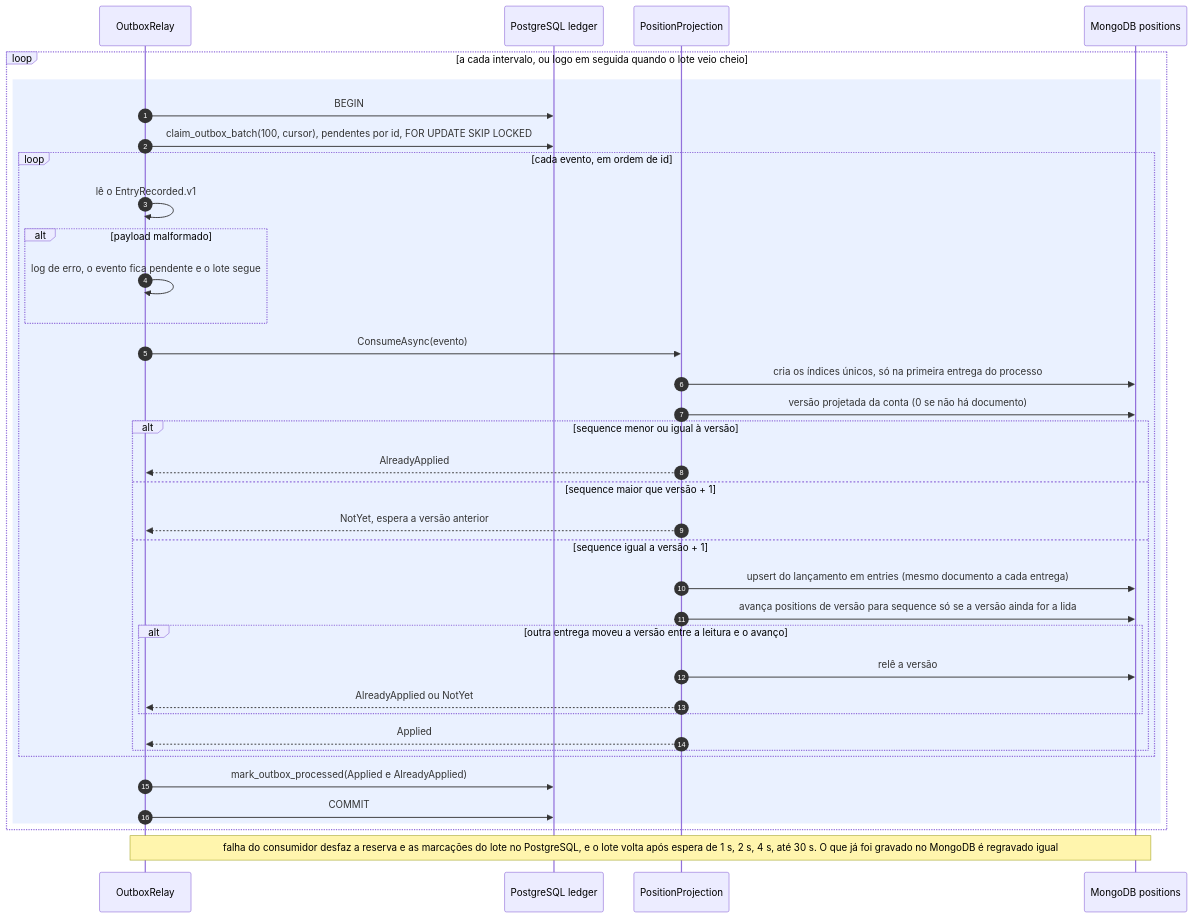
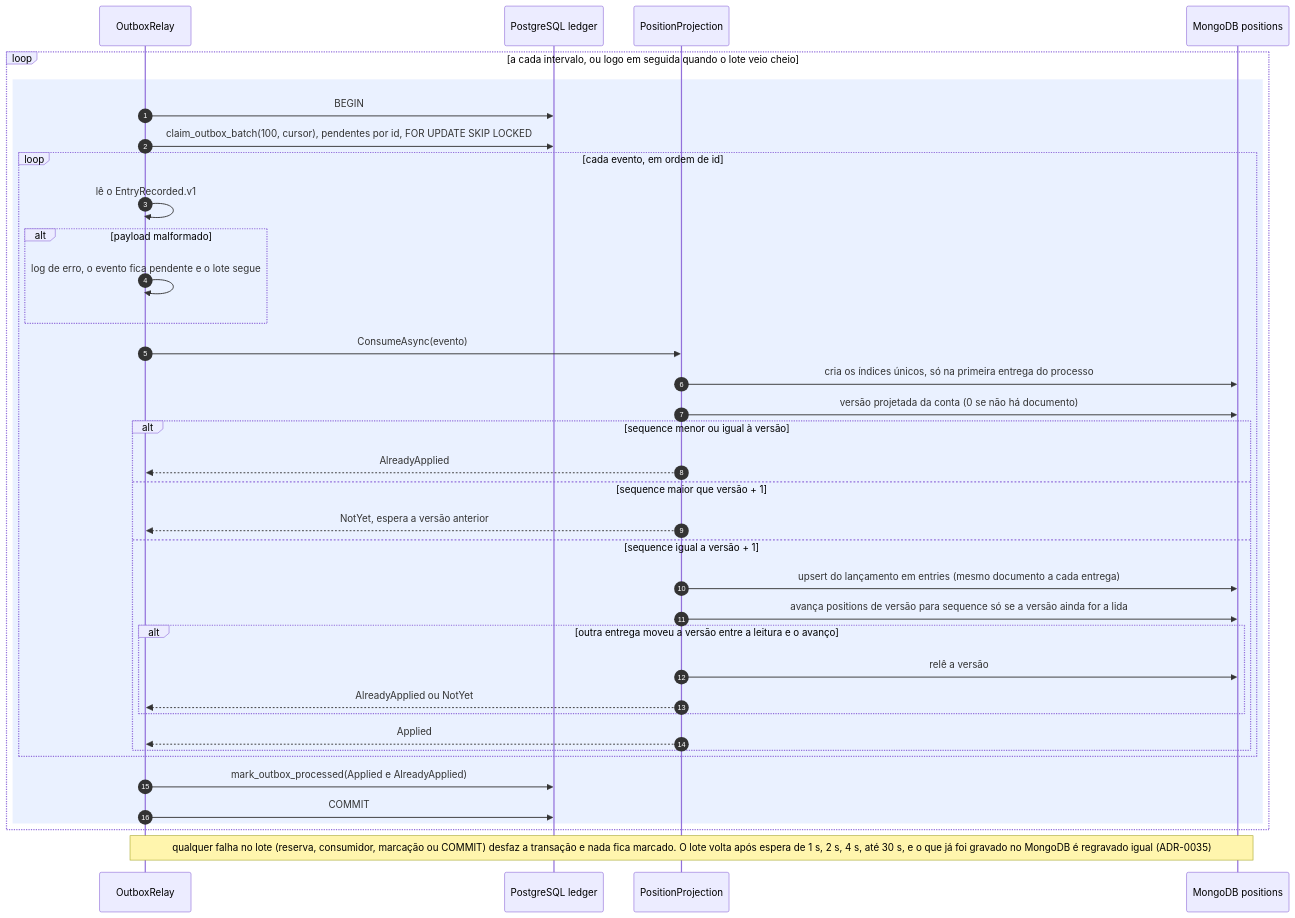
Before and after one commit to arthuurw/desafio-arquiteto-keyrus: the fifth of 8 diagrams in docs/arquitetura/fluxos-ledger.md, drawn with Mermaid. The commit also changed other lines of this file and 4 other files, not shown here.

First line of the commit message:
docs(fluxos): close the code review findings on the flow docs

````diff
--- a/docs/arquitetura/fluxos-ledger.md
+++ b/docs/arquitetura/fluxos-ledger.md
@@ -219,40 +219,40 @@
 ```mermaid
 sequenceDiagram
   autonumber
   participant R as OutboxRelay
   participant DB as PostgreSQL ledger
   participant P as PositionProjection
   participant M as MongoDB positions
 
   loop a cada intervalo, ou logo em seguida quando o lote veio cheio
     rect rgba(80, 140, 255, 0.12)
       R->>DB: BEGIN
       R->>DB: claim_outbox_batch(100, cursor), pendentes por id, FOR UPDATE SKIP LOCKED
       loop cada evento, em ordem de id
         R->>R: lê o EntryRecorded.v1
         alt payload malformado
           R->>R: log de erro, o evento fica pendente e o lote segue
         end
         R->>P: ConsumeAsync(evento)
         P->>M: cria os índices únicos, só na primeira entrega do processo
         P->>M: versão projetada da conta (0 se não há documento)
         alt sequence menor ou igual à versão
           P-->>R: AlreadyApplied
         else sequence maior que versão + 1
           P-->>R: NotYet, espera a versão anterior
         else sequence igual a versão + 1
           P->>M: upsert do lançamento em entries (mesmo documento a cada entrega)
           P->>M: avança positions de versão para sequence só se a versão ainda for a lida
           alt outra entrega moveu a versão entre a leitura e o avanço
             P->>M: relê a versão
             P-->>R: AlreadyApplied ou NotYet
           end
           P-->>R: Applied
         end
       end
       R->>DB: mark_outbox_processed(Applied e AlreadyApplied)
       R->>DB: COMMIT
     end
   end
-  Note over R,M: falha do consumidor desfaz a reserva e as marcações do lote no PostgreSQL, e o lote volta após espera de 1 s, 2 s, 4 s, até 30 s. O que já foi gravado no MongoDB é regravado igual
+  Note over R,M: qualquer falha no lote (reserva, consumidor, marcação ou COMMIT) desfaz a transação e nada fica marcado. O lote volta após espera de 1 s, 2 s, 4 s, até 30 s, e o que já foi gravado no MongoDB é regravado igual (ADR-0035)
 ```
````
